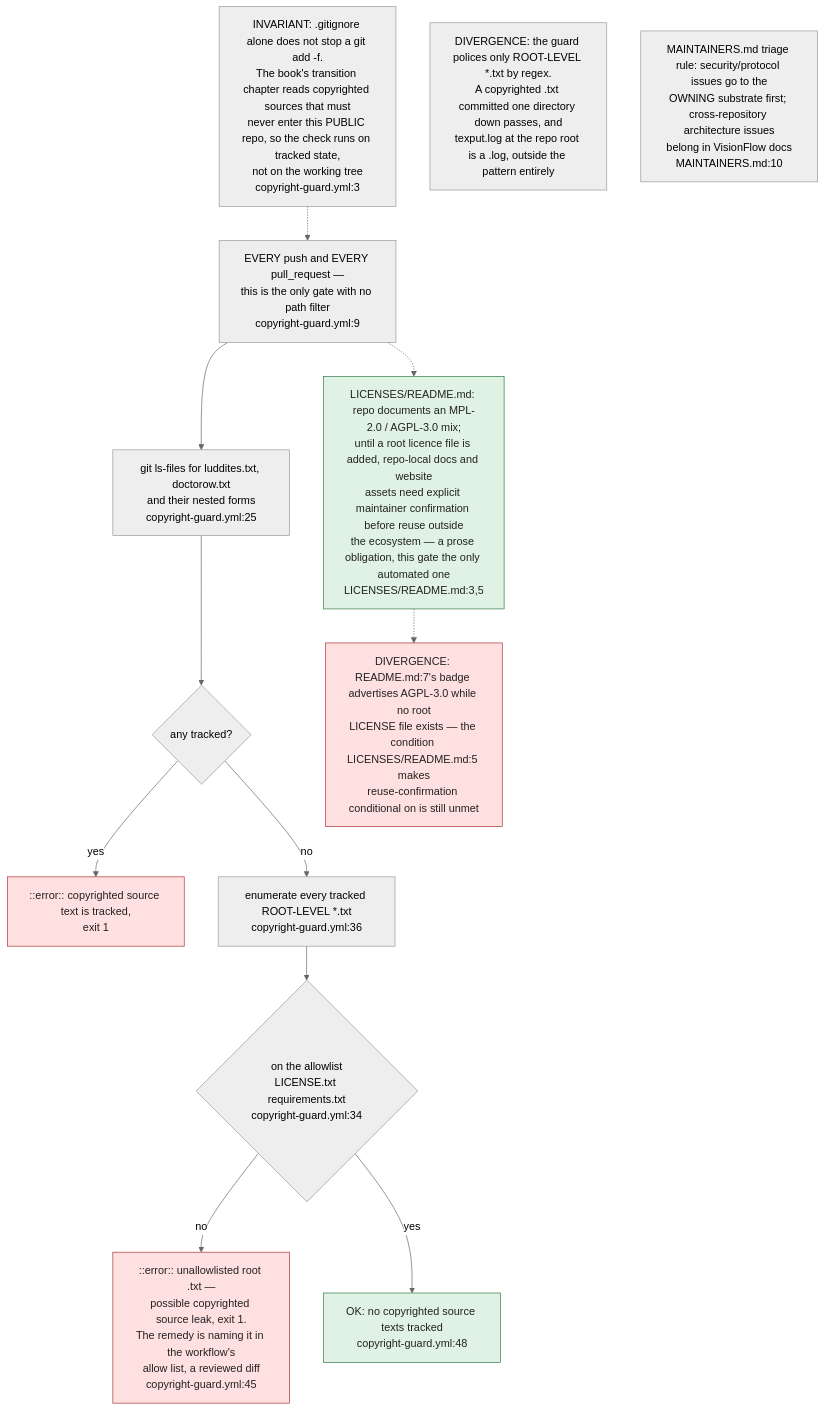
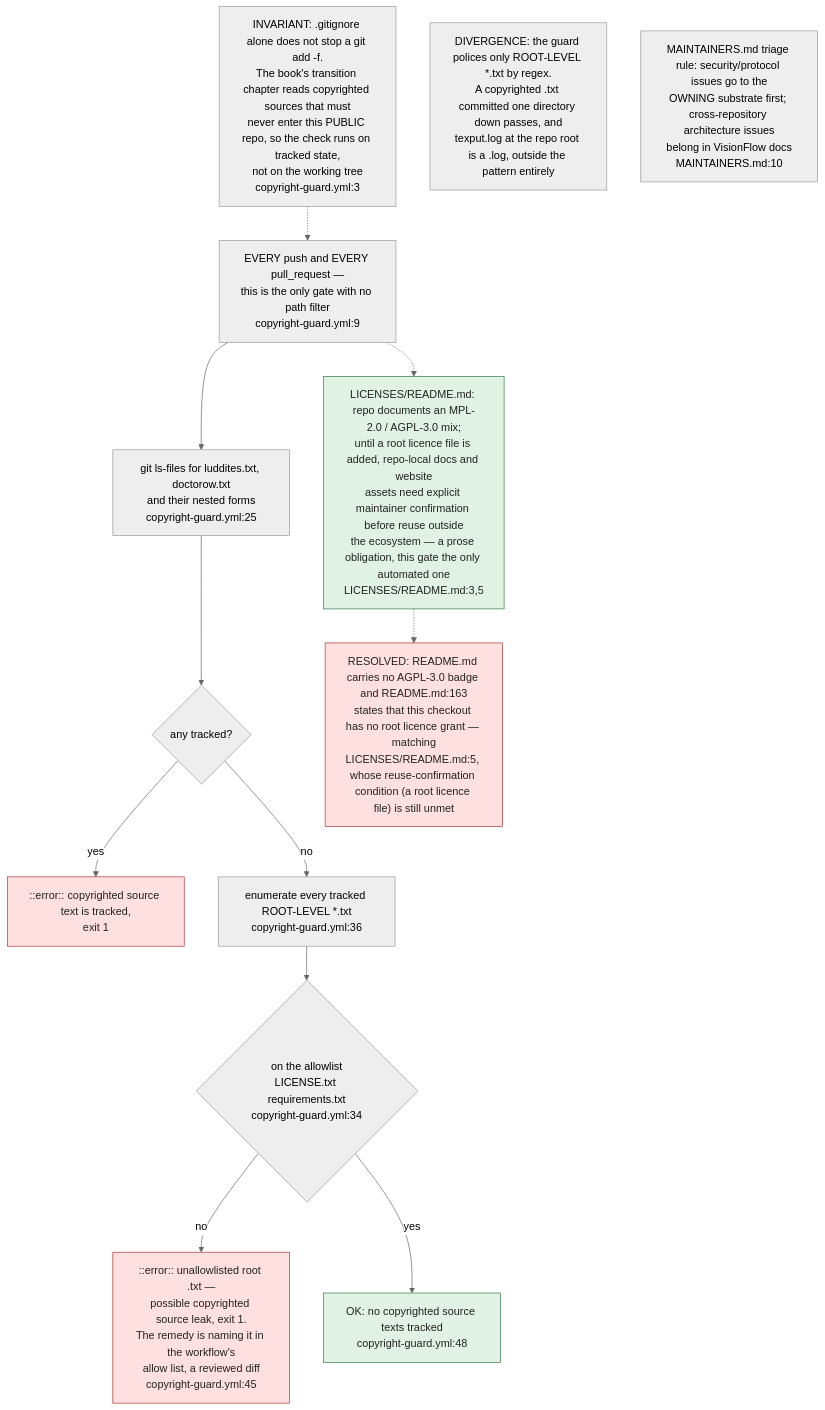
The ninth of 13 diagrams in docs/diagrams/visionflow/05-governance-gates.md (DreamLab-AI/VisionFlow), drawn with Mermaid (neutral theme) before and after one commit. The commit also changed other lines of this file and 145 other files, not shown here.

````diff
--- a/docs/diagrams/visionflow/05-governance-gates.md
+++ b/docs/diagrams/visionflow/05-governance-gates.md
@@ -399,26 +399,26 @@
 ```mermaid
 flowchart TB
     classDef block fill:#ffe0e0,stroke:#aa3333,color:#222
     classDef ok fill:#e0f2e4,stroke:#2f7a45,color:#222
 
     T["EVERY push and EVERY pull_request —<br/>this is the only gate with no path filter<br/>copyright-guard.yml:9"] --> S1
 
     S1["git ls-files for luddites.txt, doctorow.txt<br/>and their nested forms<br/>copyright-guard.yml:25"] --> Q1{"any tracked?"}
     Q1 -->|yes| F1["::error:: copyrighted source text is tracked,<br/>exit 1"]:::block
     Q1 -->|no| S2["enumerate every tracked ROOT-LEVEL *.txt<br/>copyright-guard.yml:36"]
 
     S2 --> Q2{"on the allowlist<br/>LICENSE.txt requirements.txt<br/>copyright-guard.yml:34"}
     Q2 -->|no| F2["::error:: unallowlisted root .txt —<br/>possible copyrighted source leak, exit 1.<br/>The remedy is naming it in the workflow's<br/>allow list, a reviewed diff<br/>copyright-guard.yml:45"]:::block
     Q2 -->|yes| PASS["OK: no copyrighted source texts tracked<br/>copyright-guard.yml:48"]:::ok
 
     WHY["INVARIANT: .gitignore alone does not stop a git add -f.<br/>The book's transition chapter reads copyrighted sources that must<br/>never enter this PUBLIC repo, so the check runs on tracked state,<br/>not on the working tree<br/>copyright-guard.yml:3"]
     WHY -.-> T
 
     NOTE["DIVERGENCE: the guard polices only ROOT-LEVEL *.txt by regex.<br/>A copyrighted .txt committed one directory down passes, and<br/>texput.log at the repo root is a .log, outside the pattern entirely"]
 
     LICN["LICENSES/README.md: repo documents an MPL-2.0 / AGPL-3.0 mix;<br/>until a root licence file is added, repo-local docs and website<br/>assets need explicit maintainer confirmation before reuse outside<br/>the ecosystem — a prose obligation, this gate the only automated one<br/>LICENSES/README.md:3,5"]:::ok
     MNTN["MAINTAINERS.md triage rule: security/protocol issues go to the<br/>OWNING substrate first; cross-repository architecture issues<br/>belong in VisionFlow docs<br/>MAINTAINERS.md:10"]
-    DIVL["DIVERGENCE: README.md:7's badge advertises AGPL-3.0 while no root<br/>LICENSE file exists — the condition LICENSES/README.md:5 makes<br/>reuse-confirmation conditional on is still unmet"]:::block
+    DIVL["RESOLVED: README.md carries no AGPL-3.0 badge and README.md:163<br/>states that this checkout has no root licence grant — matching<br/>LICENSES/README.md:5, whose reuse-confirmation condition (a root licence file) is still unmet"]:::block
     T -.-> LICN
     LICN -.-> DIVL
 ```
````
